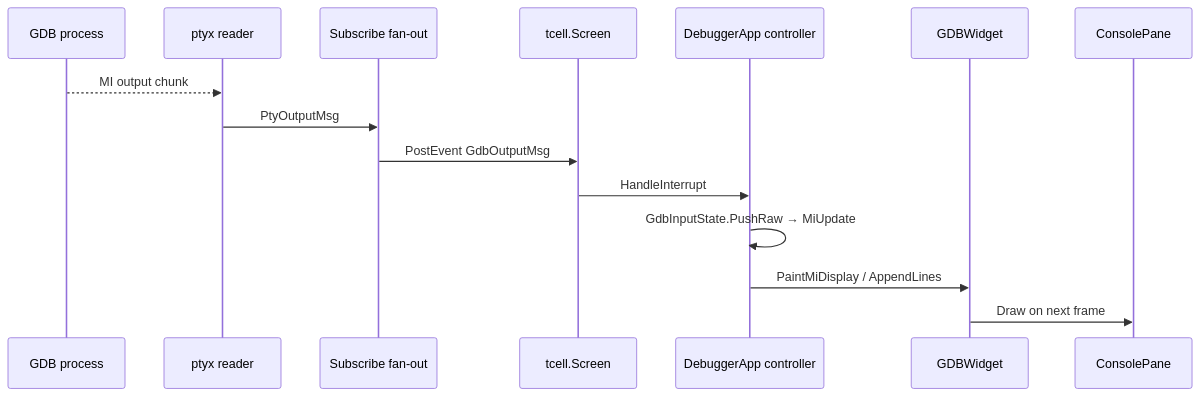
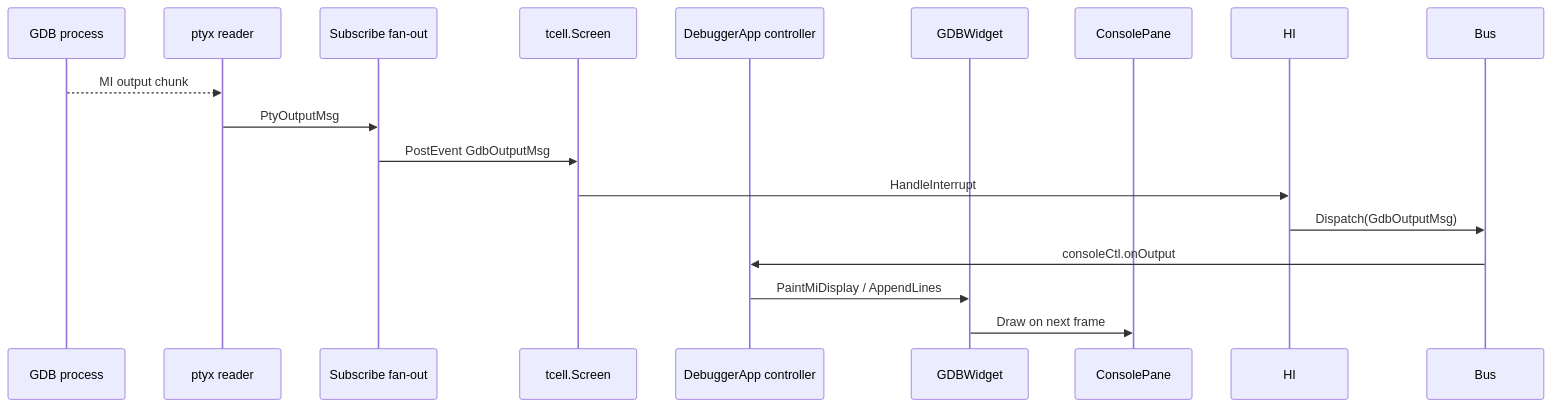
Before and after one commit to yairgd/gdbforge: the sixth of 10 diagrams in docs/ARCHITECTURE.md, drawn with Mermaid. The commit also changed other lines of this file and 34 other files, not shown here.

````diff
--- a/docs/ARCHITECTURE.md
+++ b/docs/ARCHITECTURE.md
@@ -605,18 +702,19 @@
 ```mermaid
 sequenceDiagram
     participant GDB as GDB process
     participant PTY as ptyx reader
     participant Fan as Subscribe fan-out
     participant Screen as tcell.Screen
     participant Ctrl as DebuggerApp controller
     participant Widget as GDBWidget
     participant Cons as ConsolePane
 
     GDB-->>PTY: MI output chunk
     PTY->>Fan: PtyOutputMsg
     Fan->>Screen: PostEvent GdbOutputMsg
-    Screen->>Ctrl: HandleInterrupt
-    Ctrl->>Ctrl: GdbInputState.PushRaw → MiUpdate
+    Screen->>HI: HandleInterrupt
+    HI->>Bus: Dispatch(GdbOutputMsg)
+    Bus->>Ctrl: consoleCtl.onOutput
     Ctrl->>Widget: PaintMiDisplay / AppendLines
     Widget->>Cons: Draw on next frame
 ```
````
